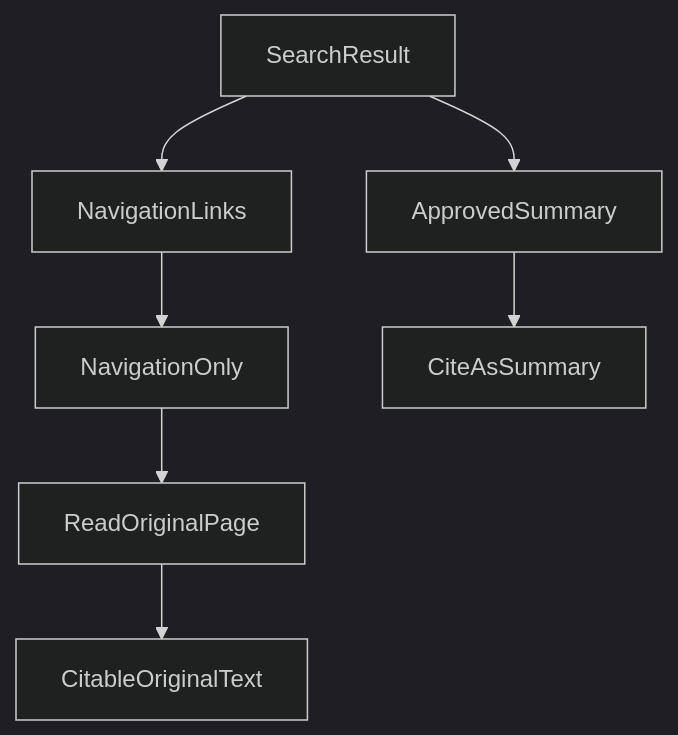
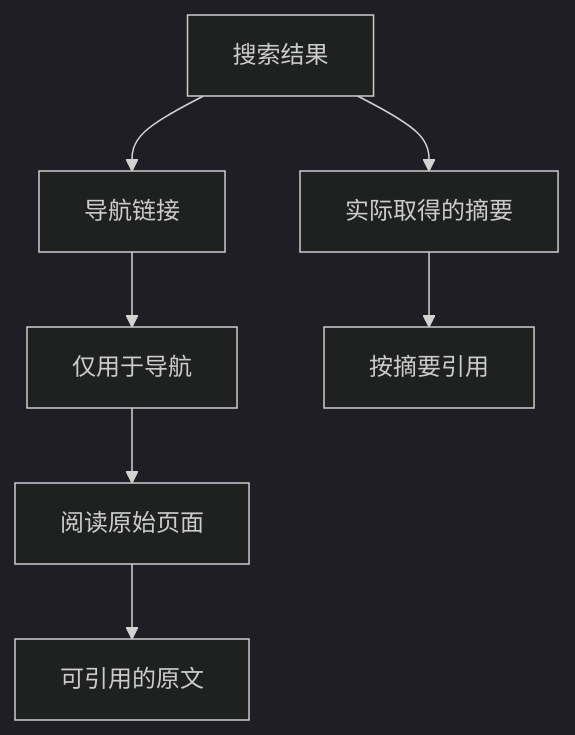
Before and after one commit to hpoenixf/eff-agent-article: the seventh of 10 diagrams in articles/021-agent-web-research-from-search-to-deep-reading.md, drawn with Mermaid (dark theme). The commit also changed other lines of this file and 52 other files, not shown here.

Commit message:
docs: localize diagrams and clarify flagship guides

````diff
--- a/articles/021-agent-web-research-from-search-to-deep-reading.md
+++ b/articles/021-agent-web-research-from-search-to-deep-reading.md
@@ -243,9 +243,9 @@
 ```mermaid
 graph TD
-SearchResult --> NavigationLinks
-SearchResult --> ApprovedSummary
-NavigationLinks --> NavigationOnly
-NavigationOnly --> ReadOriginalPage
-ReadOriginalPage --> CitableOriginalText
-ApprovedSummary --> CiteAsSummary
+SearchResult["搜索结果"] --> NavigationLinks["导航链接"]
+SearchResult --> ApprovedSummary["实际取得的摘要"]
+NavigationLinks --> NavigationOnly["仅用于导航"]
+NavigationOnly --> ReadOriginalPage["阅读原始页面"]
+ReadOriginalPage --> CitableOriginalText["可引用的原文"]
+ApprovedSummary --> CiteAsSummary["按摘要引用"]
 ```
````
